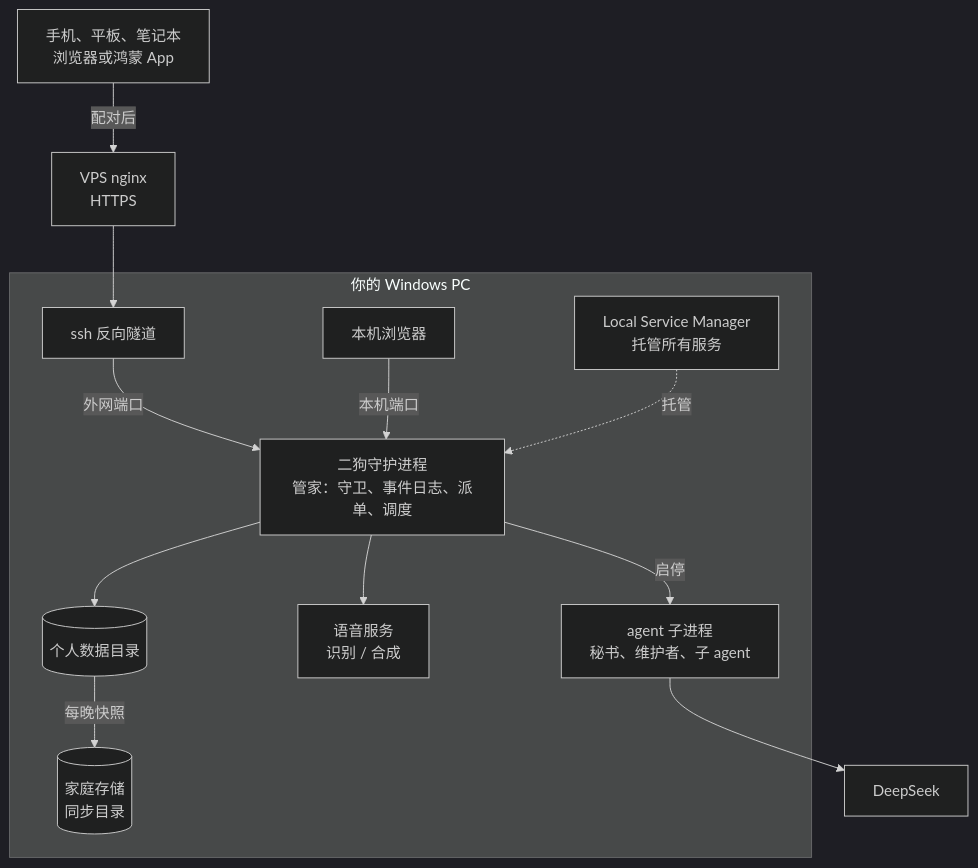
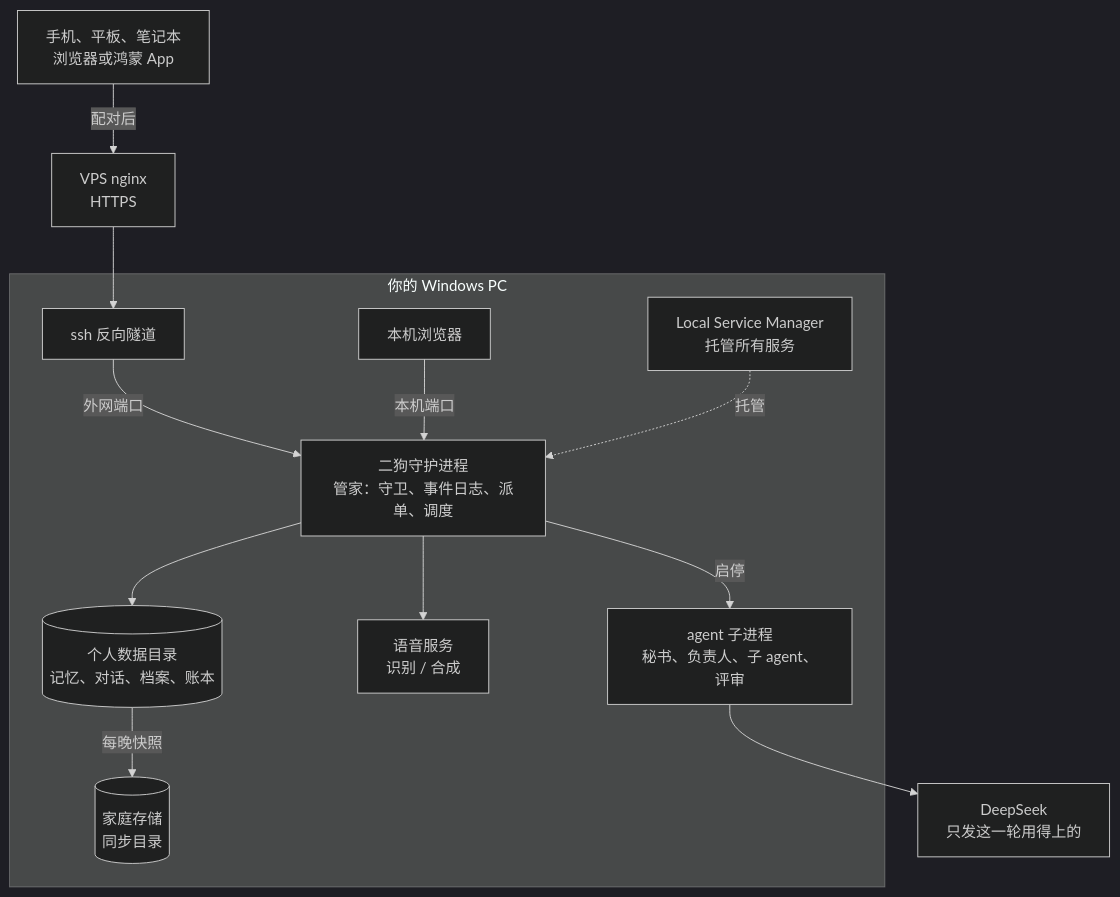
One commit to catmaniii/ergo changed the second of 2 diagrams in README.md. Above: the diagram before and after it, drawn with Mermaid (dark theme). The commit also changed other lines of this file and 2 other files, not shown here.

````diff
--- a/README.md
+++ b/README.md
@@ -218,24 +229,24 @@
 ```mermaid
 flowchart TB
     CLIENTS["手机、平板、笔记本<br/>浏览器或鸿蒙 App"]
     NGX["VPS nginx<br/>HTTPS"]
     subgraph PC["你的 Windows PC"]
         LOCAL["本机浏览器"]
         TUN["ssh 反向隧道"]
         LSM["Local Service Manager<br/>托管所有服务"]
         DAEMON["二狗守护进程<br/>管家：守卫、事件日志、派单、调度"]
-        AGENTS["agent 子进程<br/>秘书、维护者、子 agent"]
+        AGENTS["agent 子进程<br/>秘书、负责人、子 agent、评审"]
         SPEECH["语音服务<br/>识别 / 合成"]
-        DATA[("个人数据目录")]
+        DATA[("个人数据目录<br/>记忆、对话、档案、账本")]
         SYNC[("家庭存储<br/>同步目录")]
     end
-    DS["DeepSeek"]
+    DS["DeepSeek<br/>只发这一轮用得上的"]
     CLIENTS -->|"配对后"| NGX --> TUN -->|"外网端口"| DAEMON
     LOCAL -->|"本机端口"| DAEMON
     LSM -.->|"托管"| DAEMON
     DAEMON -->|"启停"| AGENTS
     AGENTS --> DS
     DAEMON --> SPEECH
     DAEMON --> DATA
     DATA -->|"每晚快照"| SYNC
 ```
````
